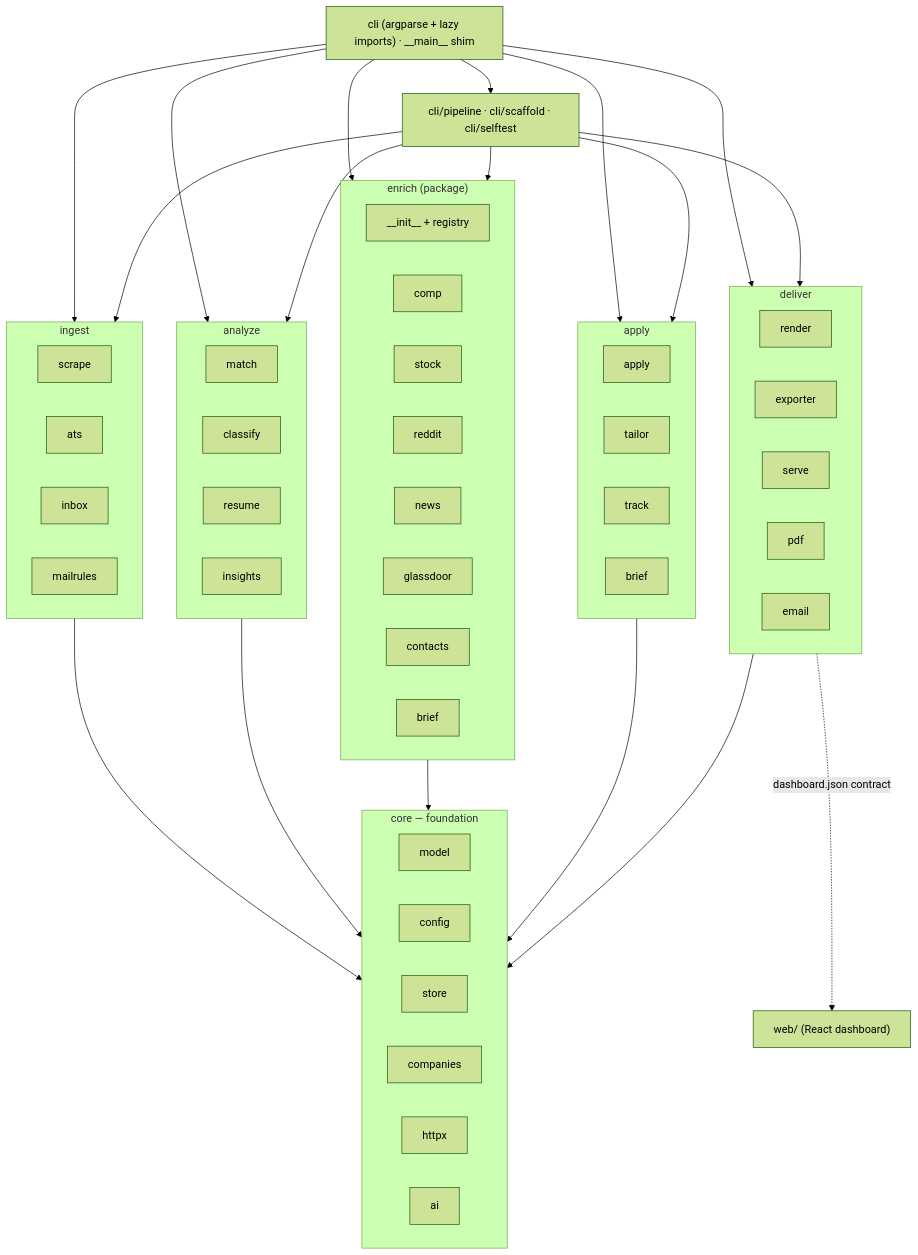
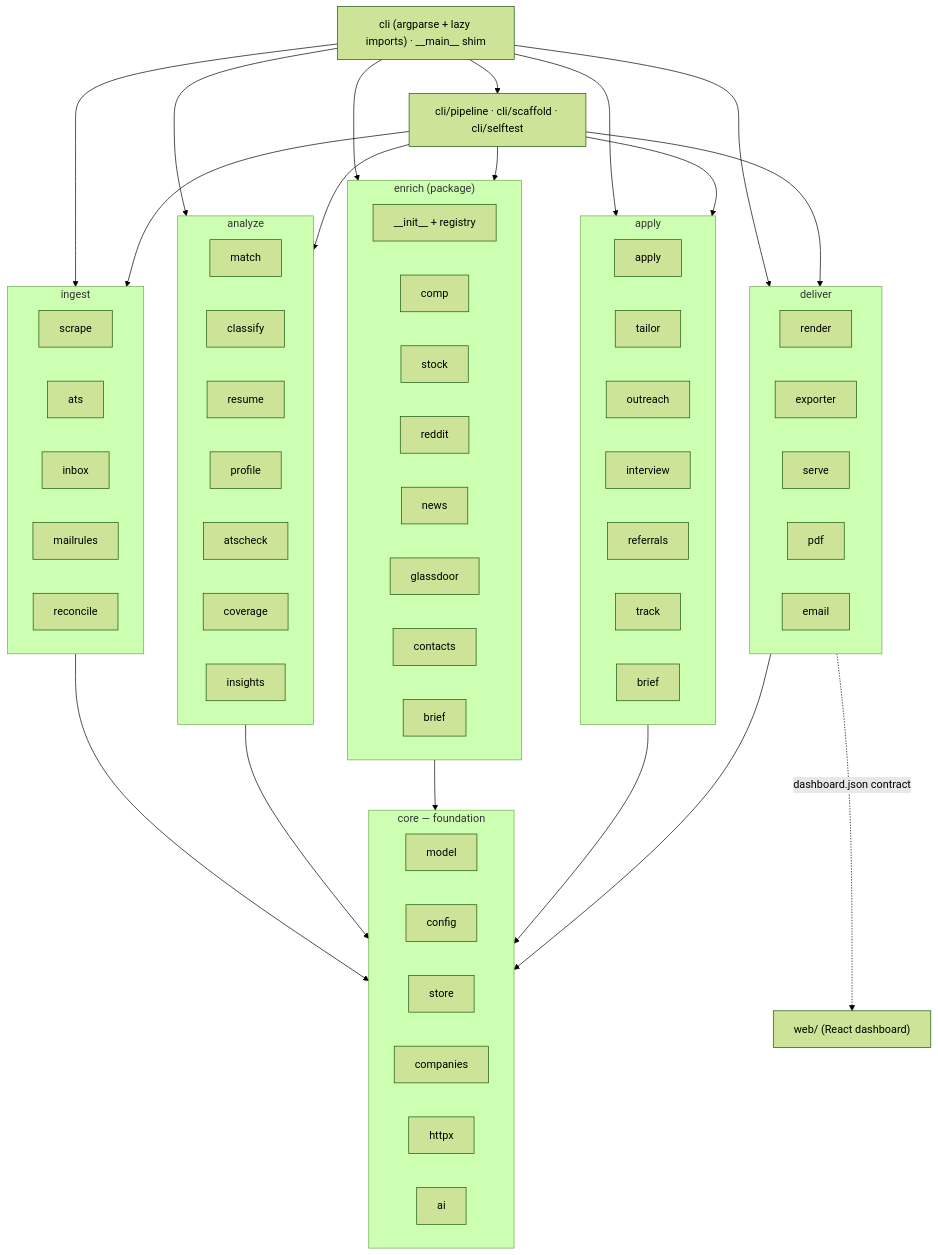
Before and after one commit to rinz0x0cruz/jobscope: the first of 4 diagrams in ARCHITECTURE.md, drawn with Mermaid (forest theme). The commit also changed other lines of this file and 1 other file, not shown here.

First line of the commit message:
docs: refresh FEATURES + ARCHITECTURE for this session's additions (#50)

````diff
--- a/ARCHITECTURE.md
+++ b/ARCHITECTURE.md
@@ -59,59 +59,66 @@
 ```mermaid
 flowchart TB
     CLI["cli (argparse + lazy imports) · __main__ shim"]
     PIPE["cli/pipeline · cli/scaffold · cli/selftest"]
     CLI --> PIPE
 
     subgraph INGEST["ingest"]
         scrape
         ats
         inbox
         mailrules
+        reconcile
     end
     subgraph ANALYZE["analyze"]
         match
         classify
         resume
+        profile
+        atscheck
+        coverage
         insights
     end
     subgraph ENRICH["enrich (package)"]
         coordinator["__init__ + registry"]
         comp
         stock
         reddit
         news
         glassdoor
         contacts
         ebrief["brief"]
     end
     subgraph APPLY["apply"]
         apply
         tailor
+        outreach
+        interview
+        referrals
         track
         brief
     end
     subgraph DELIVER["deliver"]
         render
         exporter
         serve
         pdf
         email
     end
 
     CLI --> INGEST & ANALYZE & ENRICH & APPLY & DELIVER
     PIPE --> INGEST & ANALYZE & ENRICH & APPLY & DELIVER
 
     subgraph CORE["core — foundation"]
         model
         config
         store
         companies
         httpx
         ai
     end
 
     INGEST & ANALYZE & ENRICH & APPLY & DELIVER --> CORE
 
     WEB["web/ (React dashboard)"]
     DELIVER -. "dashboard.json contract" .-> WEB
 ```
````
